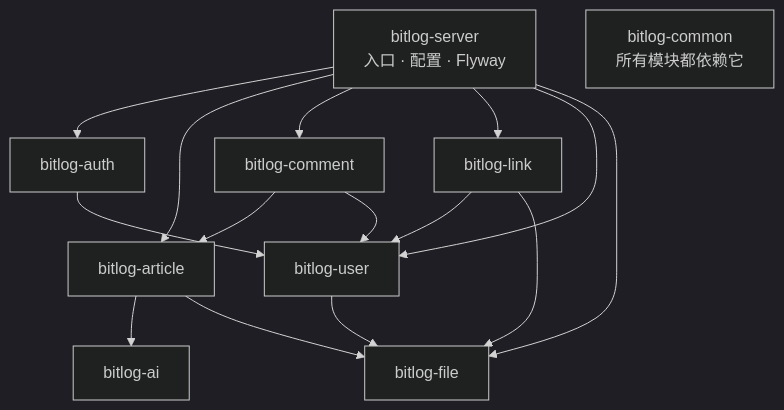
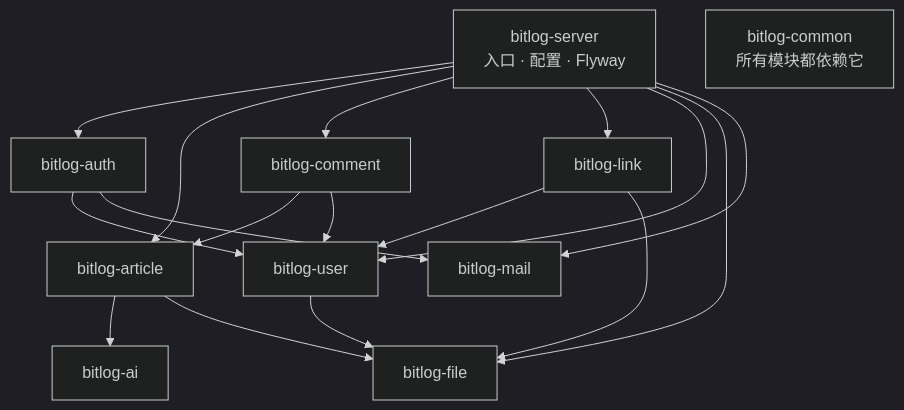
Before and after one commit to hleidev/bitlog: the diagram in docs/architecture.md, drawn with Mermaid (dark theme). The commit also changed other lines of this file and 11 other files, not shown here.

First line of the commit message:
refactor(mail): 邮件发送独立为 bitlog-mail 模块

````diff
--- a/docs/architecture.md
+++ b/docs/architecture.md
@@ -30,21 +30,23 @@
 ```mermaid
 graph TD
     server[bitlog-server<br/>入口 · 配置 · Flyway]
     server --> auth[bitlog-auth]
     server --> article[bitlog-article]
     server --> comment[bitlog-comment]
     server --> link[bitlog-link]
     server --> user[bitlog-user]
     server --> file[bitlog-file]
+    server --> mail[bitlog-mail]
 
     auth --> user
+    auth --> mail
     comment --> article
     comment --> user
     link --> user
     link --> file
     article --> ai[bitlog-ai]
     article --> file
     user --> file
 
     common[bitlog-common<br/>所有模块都依赖它]
 ```
````
